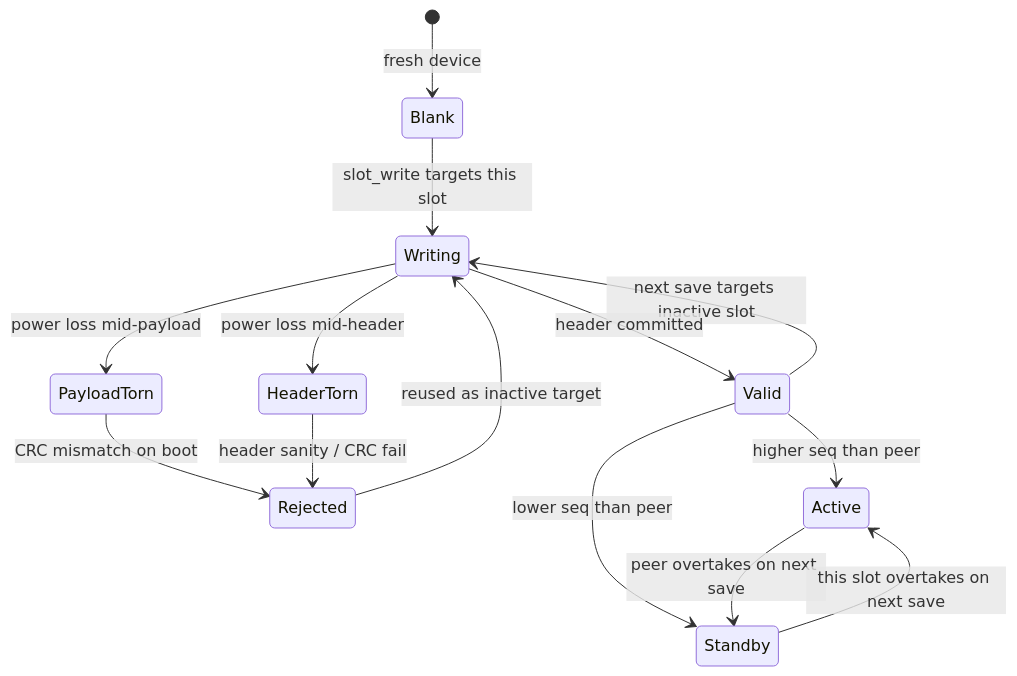
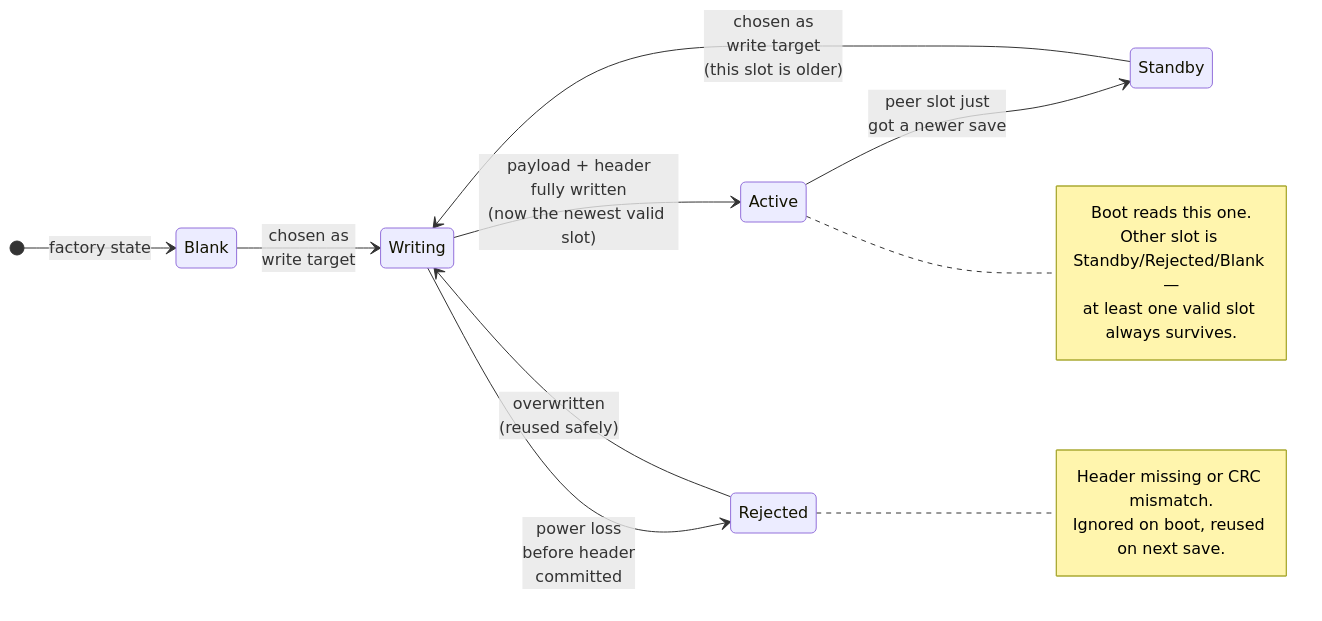
The fourth of 4 diagrams in docs/DESIGN.md (JakubMini/config-wp), drawn with Mermaid before and after one commit. The commit also changed other lines of this file and 8 other files, not shown here.

````diff
--- a/docs/DESIGN.md
+++ b/docs/DESIGN.md
@@ -84,16 +117,25 @@
 ```mermaid
 stateDiagram-v2
-    [*] --> Blank: fresh device
-    Blank --> Writing: slot_write targets this slot
-    Valid --> Writing: next save targets inactive slot
-    Writing --> PayloadTorn: power loss mid-payload
-    Writing --> HeaderTorn: power loss mid-header
-    Writing --> Valid: header committed
-    PayloadTorn --> Rejected: CRC mismatch on boot
-    HeaderTorn --> Rejected: header sanity / CRC fail
-    Rejected --> Writing: reused as inactive target
-    Valid --> Active: higher seq than peer
-    Valid --> Standby: lower seq than peer
-    Active --> Standby: peer overtakes on next save
-    Standby --> Active: this slot overtakes on next save
+    direction LR
+    [*] --> Blank: factory state
+
+    Blank --> Writing: chosen as<br/>write target
+    Standby --> Writing: chosen as<br/>write target<br/>(this slot is older)
+    Rejected --> Writing: overwritten<br/>(reused safely)
+
+    Writing --> Active: payload + header<br/>fully written<br/>(now the newest valid slot)
+    Writing --> Rejected: power loss<br/>before header<br/>committed
+
+    Active --> Standby: peer slot just<br/>got a newer save
+
+    note right of Active
+        Boot reads this one.
+        Other slot is Standby/Rejected/Blank —
+        at least one valid slot always survives.
+    end note
+
+    note right of Rejected
+        Header missing or CRC mismatch.
+        Ignored on boot, reused on next save.
+    end note
 ```
````
